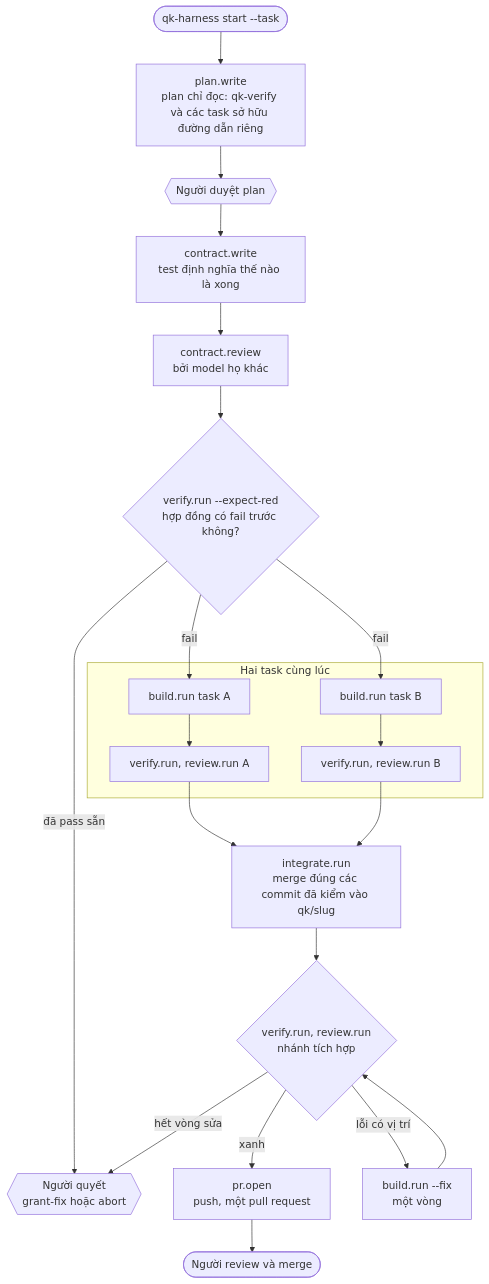
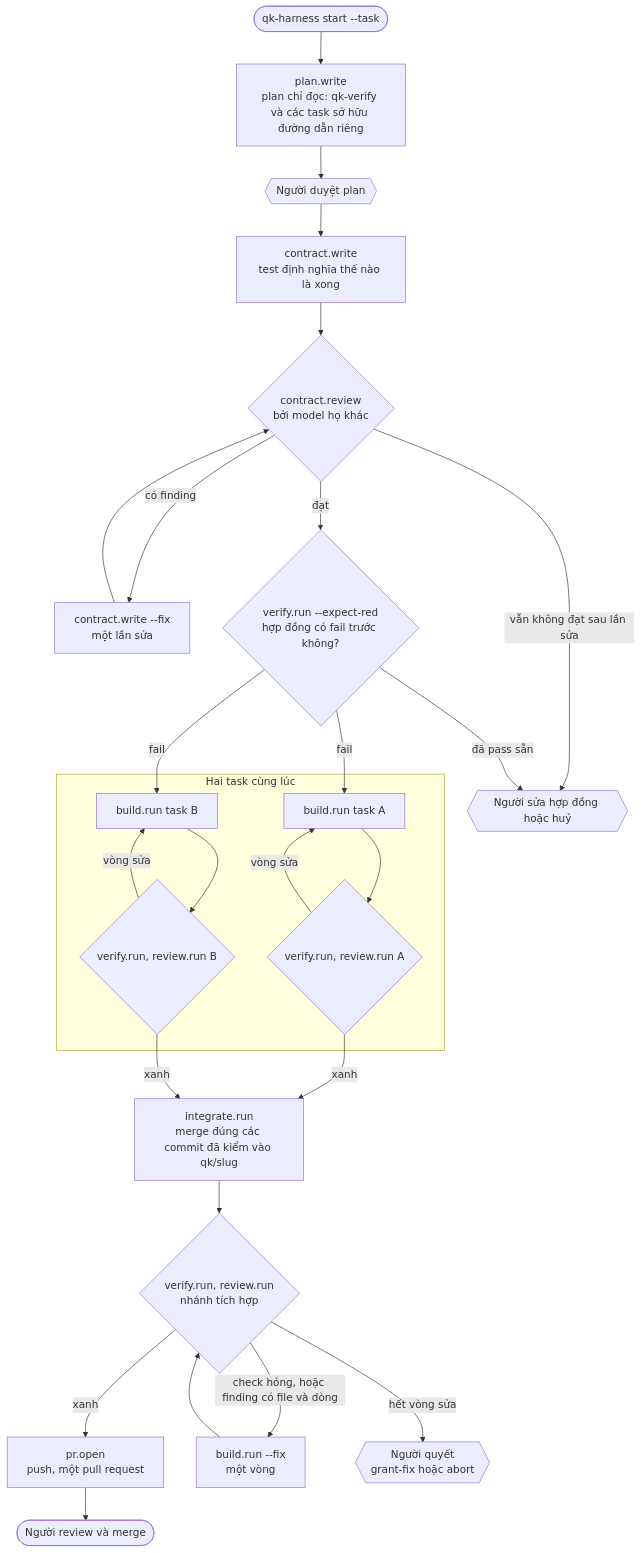
One commit to dakiquang/qk-harness changed the diagram in README.vi.md. Above: the diagram before and after it, drawn with Mermaid. The commit also changed other lines of this file and 3 other files, not shown here.

First line of the commit message:
docs: show the contract revision, task fix rounds and gates in the diagrams

````diff
--- a/README.vi.md
+++ b/README.vi.md
@@ -15,21 +15,26 @@
 ```mermaid
 flowchart TB
     start(["qk-harness start --task"]) --> plan["plan.write<br/>plan chỉ đọc: qk-verify và các task sở hữu đường dẫn riêng"]
     plan --> gate{{"Người duyệt plan"}}
     gate --> contract["contract.write<br/>test định nghĩa thế nào là xong"]
-    contract --> creview["contract.review<br/>bởi model họ khác"]
-    creview --> red{"verify.run --expect-red<br/>hợp đồng có fail trước không?"}
-    red -- "đã pass sẵn" --> decide
+    contract --> creview{"contract.review<br/>bởi model họ khác"}
+    creview -- "có finding" --> cfix["contract.write --fix<br/>một lần sửa"]
+    cfix --> creview
+    creview -- "vẫn không đạt sau lần sửa" --> cdecide
+    creview -- "đạt" --> red{"verify.run --expect-red<br/>hợp đồng có fail trước không?"}
+    red -- "đã pass sẵn" --> cdecide{{"Người sửa hợp đồng hoặc huỷ"}}
     red -- "fail" --> buildA & buildB
     subgraph tasks ["Hai task cùng lúc"]
-        buildA["build.run task A"] --> checkA["verify.run, review.run A"]
-        buildB["build.run task B"] --> checkB["verify.run, review.run B"]
+        buildA["build.run task A"] --> checkA{"verify.run, review.run A"}
+        buildB["build.run task B"] --> checkB{"verify.run, review.run B"}
+        checkA -- "vòng sửa" --> buildA
+        checkB -- "vòng sửa" --> buildB
     end
-    checkA & checkB --> integ["integrate.run<br/>merge đúng các commit đã kiểm vào qk/slug"]
+    checkA & checkB -- "xanh" --> integ["integrate.run<br/>merge đúng các commit đã kiểm vào qk/slug"]
     integ --> icheck{"verify.run, review.run<br/>nhánh tích hợp"}
     icheck -- "xanh" --> pr["pr.open<br/>push, một pull request"]
-    icheck -- "lỗi có vị trí" --> fix["build.run --fix<br/>một vòng"]
+    icheck -- "check hỏng, hoặc finding có file và dòng" --> fix["build.run --fix<br/>một vòng"]
     fix --> icheck
     icheck -- "hết vòng sửa" --> decide{{"Người quyết<br/>grant-fix hoặc abort"}}
     pr --> merge(["Người review và merge"])
 ```
````
